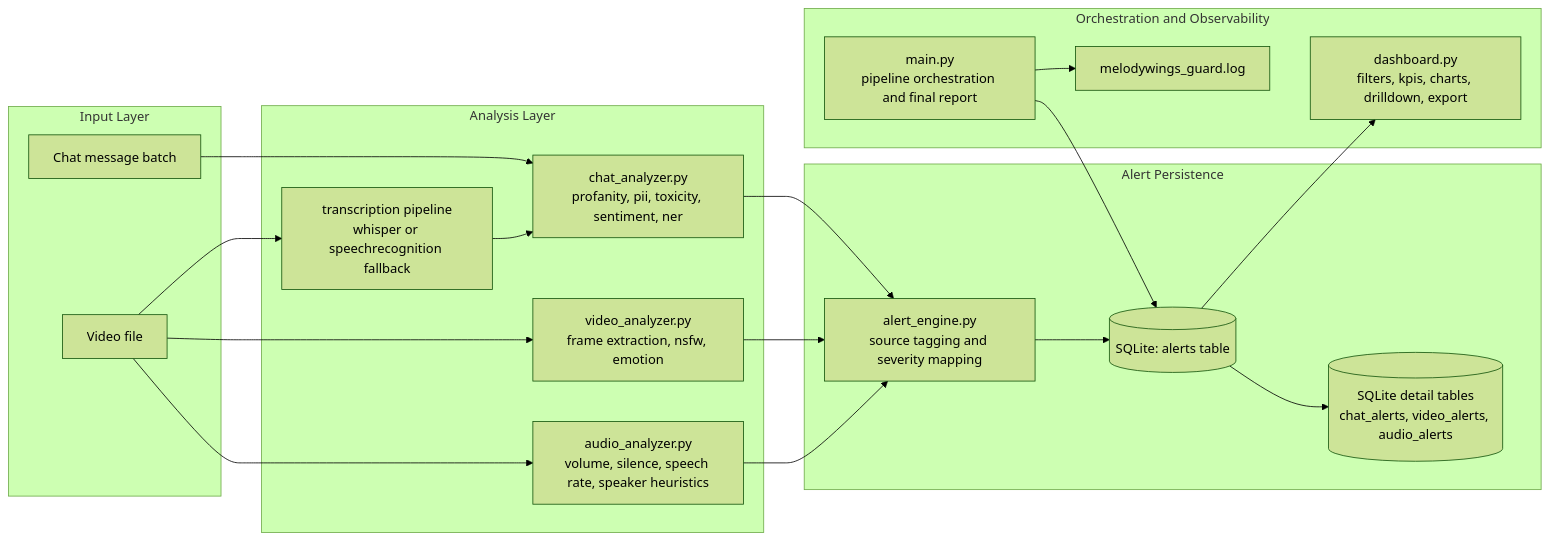
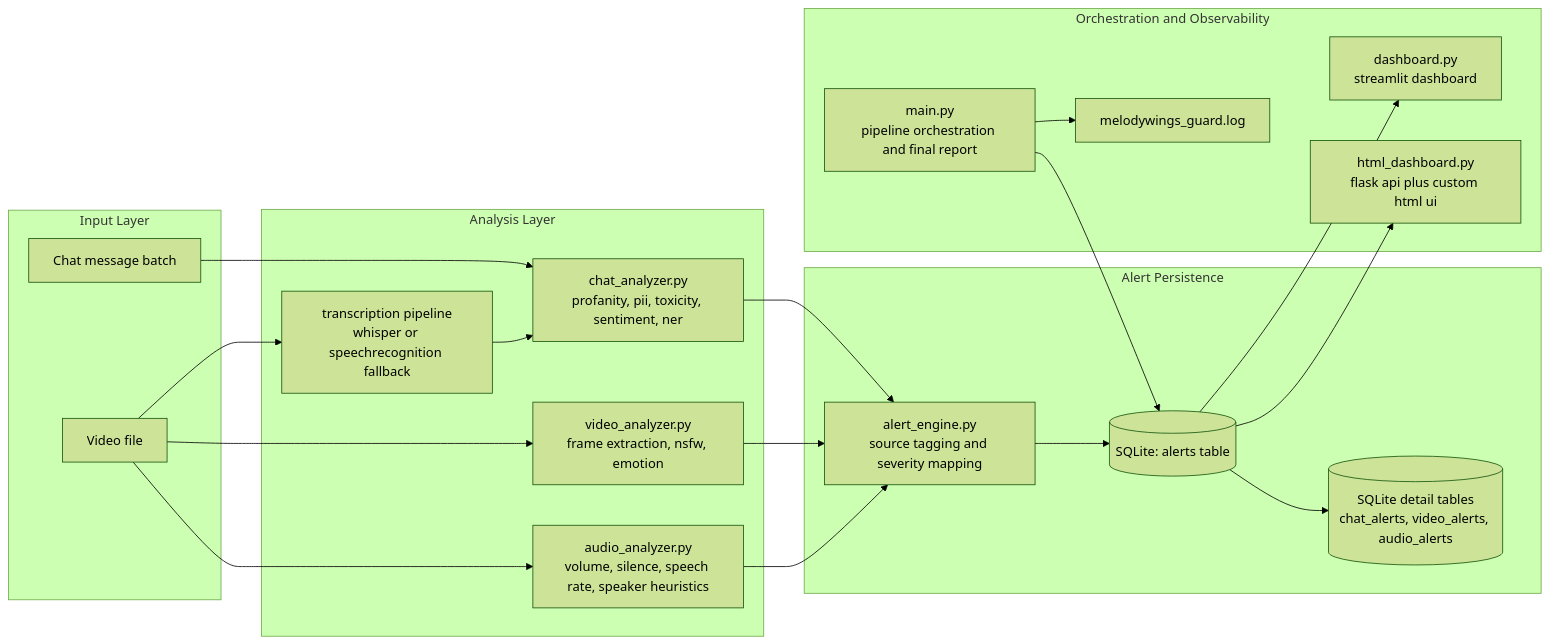
The diagram in README.md (umangjzx/Melodywings), drawn with Mermaid (forest theme) before and after one commit. The commit also changed other lines of this file and 31 other files, not shown here.

````diff
--- a/README.md
+++ b/README.md
@@ -18,43 +36,45 @@
 ```mermaid
 flowchart LR
   subgraph Inputs[Input Layer]
     MSG[Chat message batch]
     VID[Video file]
   end
 
   subgraph Analysis[Analysis Layer]
     CHAT[chat_analyzer.py<br/>profanity, pii, toxicity, sentiment, ner]
     FRAME[video_analyzer.py<br/>frame extraction, nsfw, emotion]
     TRANS[transcription pipeline<br/>whisper or speechrecognition fallback]
     AUDIO[audio_analyzer.py<br/>volume, silence, speech rate, speaker heuristics]
   end
 
   subgraph Persistence[Alert Persistence]
     ENGINE[alert_engine.py<br/>source tagging and severity mapping]
     ALERTS[(SQLite: alerts table)]
     DETAILS[(SQLite detail tables<br/>chat_alerts, video_alerts, audio_alerts)]
   end
 
   subgraph Ops[Orchestration and Observability]
     MAIN[main.py<br/>pipeline orchestration and final report]
-    DASH[dashboard.py<br/>filters, kpis, charts, drilldown, export]
+    DASH[dashboard.py<br/>streamlit dashboard]
+    HTMLD[html_dashboard.py<br/>flask api plus custom html ui]
     LOG[melodywings_guard.log]
   end
 
   MSG --> CHAT
   VID --> FRAME
   VID --> TRANS
   VID --> AUDIO
   TRANS --> CHAT
 
   CHAT --> ENGINE
   FRAME --> ENGINE
   AUDIO --> ENGINE
 
   ENGINE --> ALERTS
   ALERTS --> DETAILS
 
   MAIN --> ALERTS
   MAIN --> LOG
   ALERTS --> DASH
+  ALERTS --> HTMLD
 ```
````
